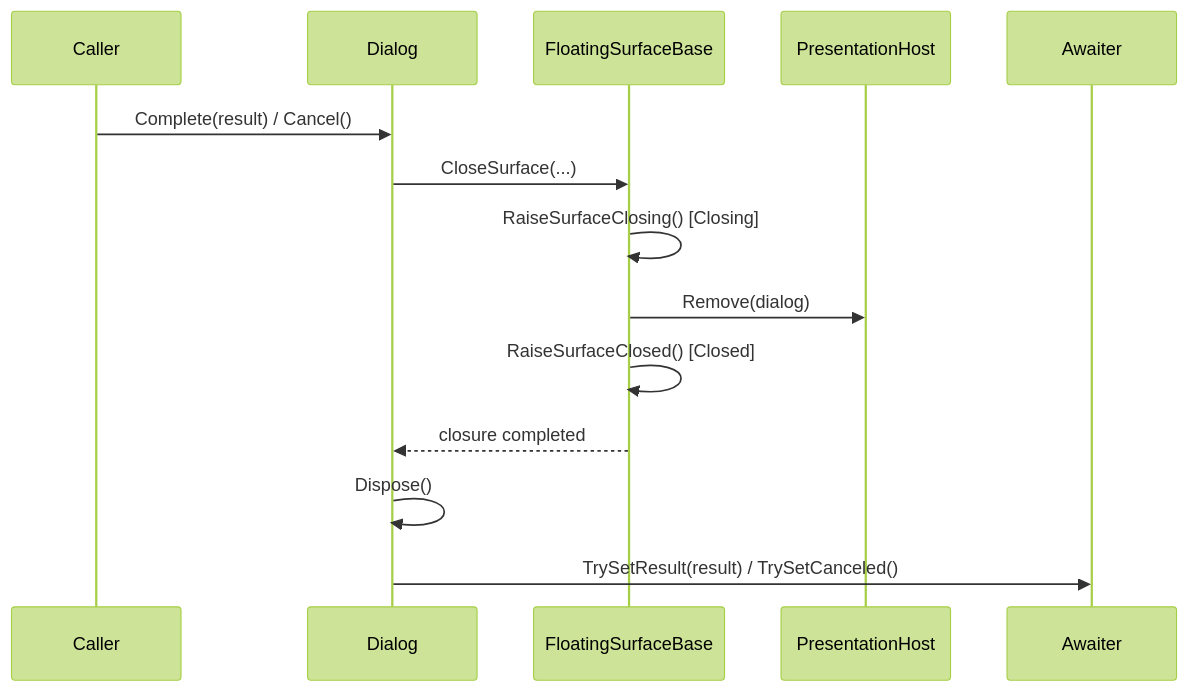
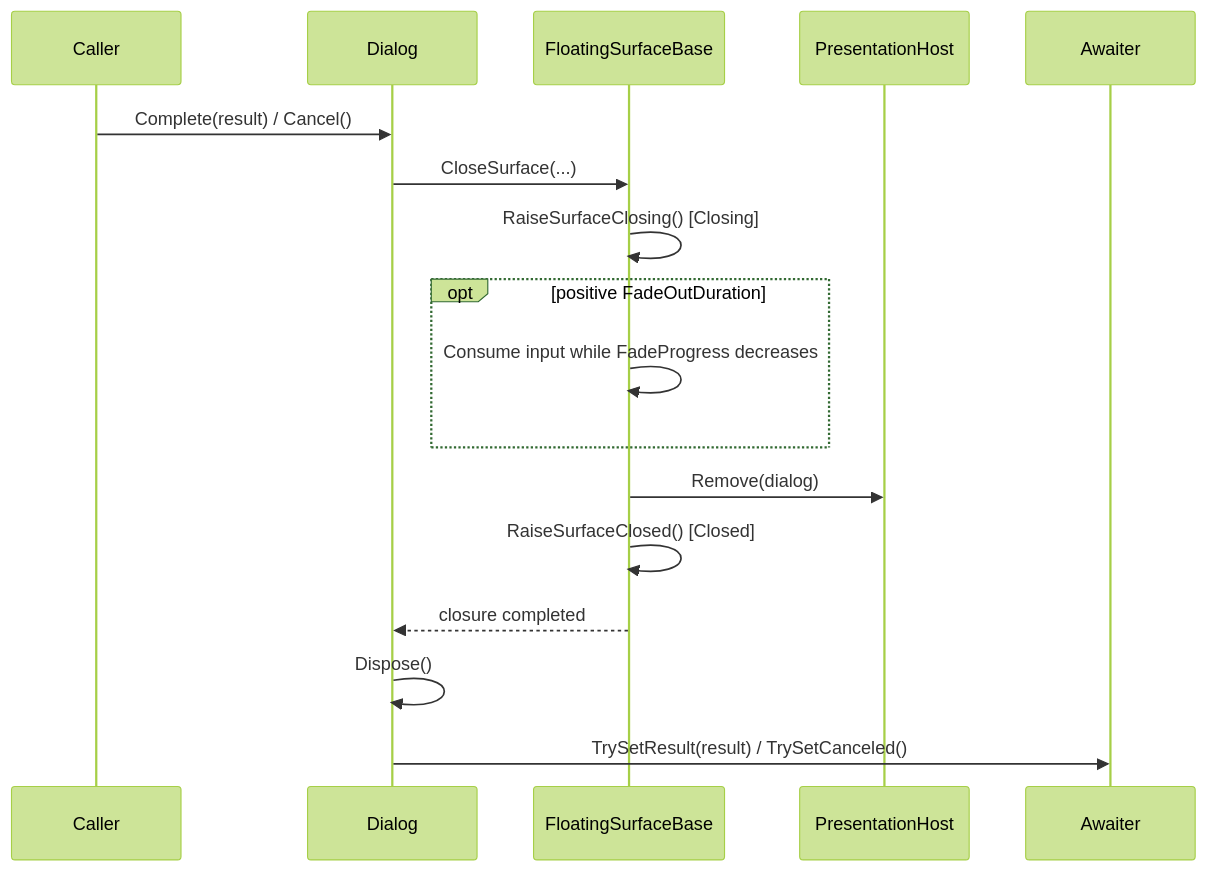
Before and after one commit to pavkam/sharp-vision: the diagram in docs/dialogs/index.md, drawn with Mermaid (forest theme). The commit also changed other lines of this file and 39 other files, not shown here.

Commit message:
feat(surfaces): add shared floating surface fades

````diff
--- a/docs/dialogs/index.md
+++ b/docs/dialogs/index.md
@@ -22,16 +25,19 @@
 ```mermaid
 sequenceDiagram
     participant Caller
     participant Dialog
     participant FloatingSurfaceBase
     participant PresentationHost
     participant Awaiter
     Caller->>Dialog: Complete(result) / Cancel()
     Dialog->>FloatingSurfaceBase: CloseSurface(...)
     FloatingSurfaceBase->>FloatingSurfaceBase: RaiseSurfaceClosing() [Closing]
+    opt positive FadeOutDuration
+        FloatingSurfaceBase->>FloatingSurfaceBase: Consume input while FadeProgress decreases
+    end
     FloatingSurfaceBase->>PresentationHost: Remove(dialog)
     FloatingSurfaceBase->>FloatingSurfaceBase: RaiseSurfaceClosed() [Closed]
     FloatingSurfaceBase-->>Dialog: closure completed
     Dialog->>Dialog: Dispose()
     Dialog->>Awaiter: TrySetResult(result) / TrySetCanceled()
 ```
````
